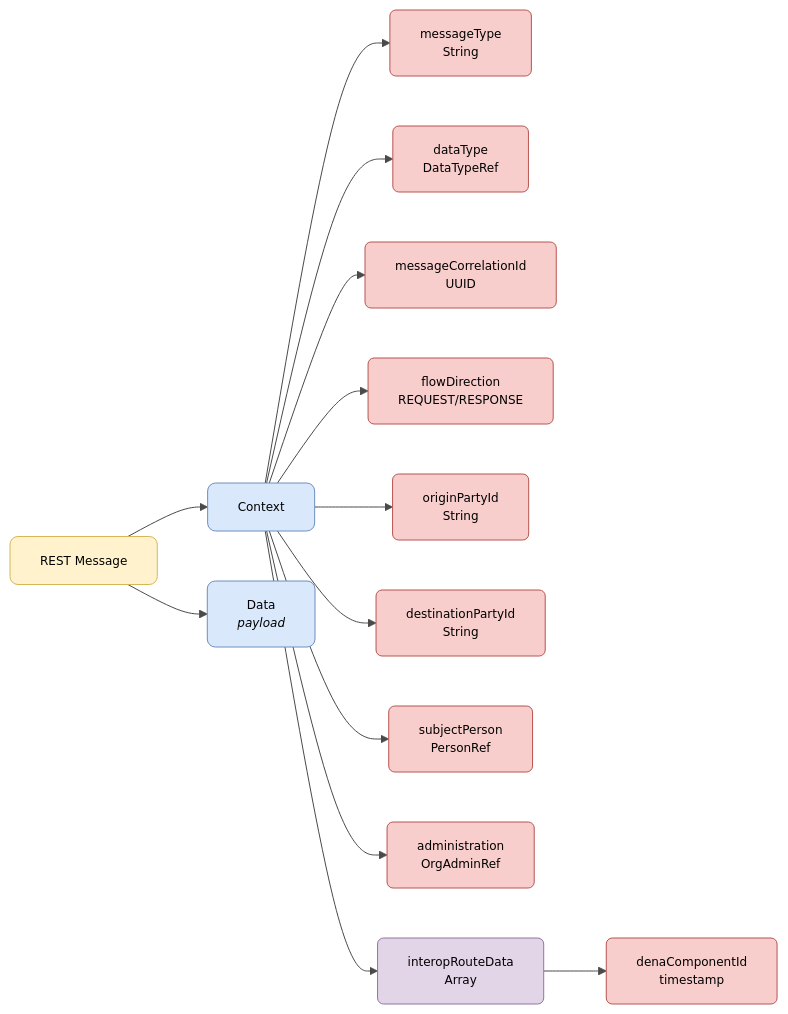
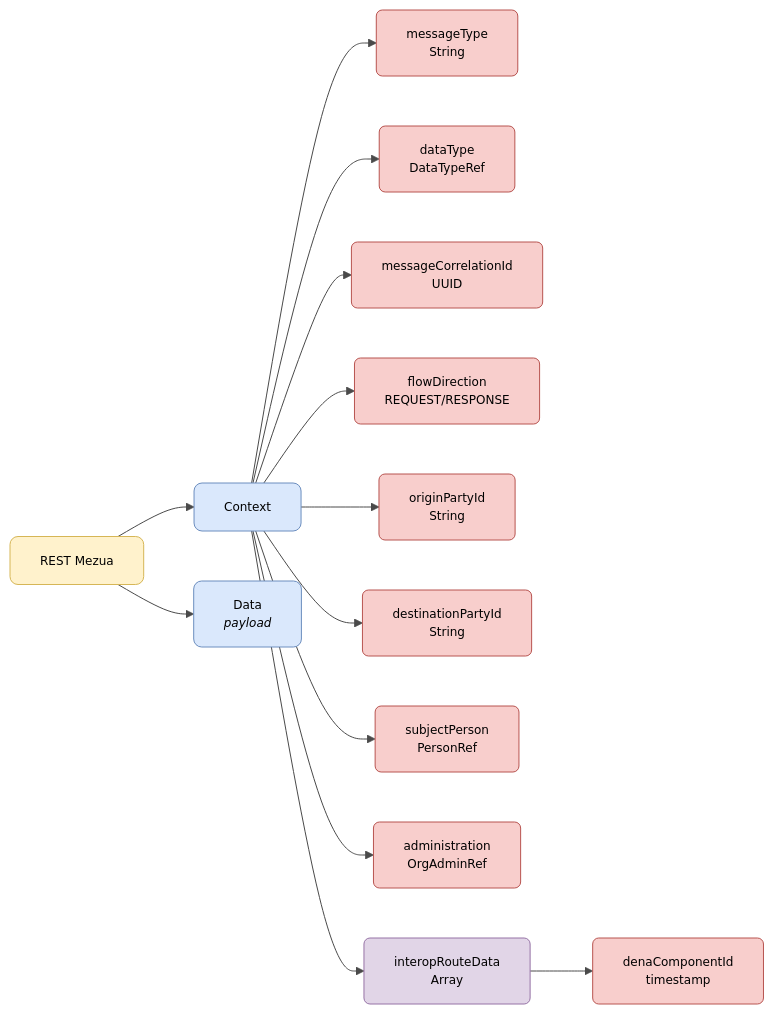
The diagram in docs/semantica/semantica-base/index.eu.md (DENA-Euskadi/dena-euskadi.github.io), drawn with Mermaid before and after one commit. The commit also changed other lines of this file and 193 other files, not shown here.

````diff
--- a/docs/semantica/semantica-base/index.eu.md
+++ b/docs/semantica/semantica-base/index.eu.md
@@ -11,43 +11,43 @@
 ```mermaid
 ---
 config:
   theme: base
   themeVariables:
     primaryColor: "#FFFFFF"
     primaryTextColor: "#000000"
     primaryBorderColor: "#CCCCCC"
     lineColor: "#4A4A4A"
     fontSize: "12px"
 ---
 flowchart LR
-    ROOT["REST Message"]
+    ROOT["REST Mezua"]
 
     ROOT --> CONTEXT["Context"]
     ROOT --> DATA["Data<br/><i>payload</i>"]
 
     CONTEXT --> MESSAGE_TYPE["messageType<br/>String"]
     CONTEXT --> DATA_TYPE["dataType<br/>DataTypeRef"]
     CONTEXT --> MESSAGE_CORRELATION_ID["messageCorrelationId<br/>UUID"]
     CONTEXT --> FLOW_DIRECTION["flowDirection<br/>REQUEST/RESPONSE"]
     CONTEXT --> ORIGIN_PARTY_ID["originPartyId<br/>String"]
     CONTEXT --> DESTINATION_PARTY_ID["destinationPartyId<br/>String"]
     CONTEXT --> SUBJECT_PERSON["subjectPerson<br/>PersonRef"]
     CONTEXT --> ADMINISTRATION["administration<br/>OrgAdminRef"]
     CONTEXT --> INTEROP_ROUTE_DATA["interopRouteData<br/>Array"]
 
     INTEROP_ROUTE_DATA --> IRDITEM["denaComponentId<br/>timestamp"]
 
     style ROOT fill:#fff2cc,stroke:#d6b656,color:#000000,rx:8,ry:8
     style CONTEXT fill:#dae8fc,stroke:#6c8ebf,color:#000000,rx:8,ry:8
     style DATA fill:#dae8fc,stroke:#6c8ebf,color:#000000,rx:8,ry:8
     style MESSAGE_TYPE fill:#f8cecc,stroke:#b85450,color:#000000,rx:6,ry:6
     style DATA_TYPE fill:#f8cecc,stroke:#b85450,color:#000000,rx:6,ry:6
     style MESSAGE_CORRELATION_ID fill:#f8cecc,stroke:#b85450,color:#000000,rx:6,ry:6
     style FLOW_DIRECTION fill:#f8cecc,stroke:#b85450,color:#000000,rx:6,ry:6
     style ORIGIN_PARTY_ID fill:#f8cecc,stroke:#b85450,color:#000000,rx:6,ry:6
     style DESTINATION_PARTY_ID fill:#f8cecc,stroke:#b85450,color:#000000,rx:6,ry:6
     style SUBJECT_PERSON fill:#f8cecc,stroke:#b85450,color:#000000,rx:6,ry:6
     style ADMINISTRATION fill:#f8cecc,stroke:#b85450,color:#000000,rx:6,ry:6
     style INTEROP_ROUTE_DATA fill:#e1d5e7,stroke:#9673a6,color:#000000,rx:6,ry:6
     style IRDITEM fill:#f8cecc,stroke:#b85450,color:#000000,rx:6,ry:6
 ```
````
